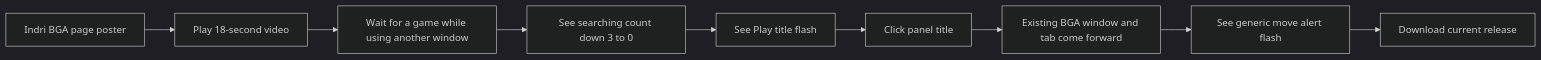
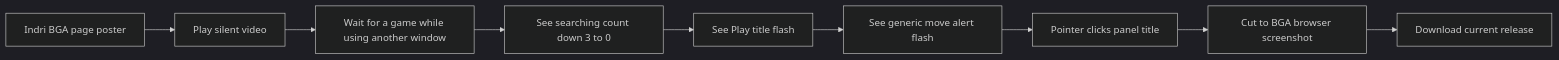
The first of 2 diagrams in docs/plans/2026-10-18-promo-video.md (wbniv/bga-title-tray), drawn with Mermaid (dark theme) before and after one commit. The commit also changed other lines of this file and 10 other files, not shown here.

Commit message:
Add click-to-BGA finale to promo video

````diff
--- a/docs/plans/2026-10-18-promo-video.md
+++ b/docs/plans/2026-10-18-promo-video.md
@@ -60,11 +67,11 @@
 ```mermaid
 flowchart LR
-    A[Indri BGA page poster] --> B[Play 18-second video]
+    A[Indri BGA page poster] --> B[Play silent video]
     B --> C[Wait for a game while using another window]
     C --> D[See searching count down 3 to 0]
     D --> H[See Play title flash]
-    H --> E[Click panel title]
-    E --> F[Existing BGA window and tab come forward]
-    F --> G[See generic move alert flash]
-    G --> I[Download current release]
+    H --> G[See generic move alert flash]
+    G --> E[Pointer clicks panel title]
+    E --> F[Cut to BGA browser screenshot]
+    F --> I[Download current release]
 ```
````
